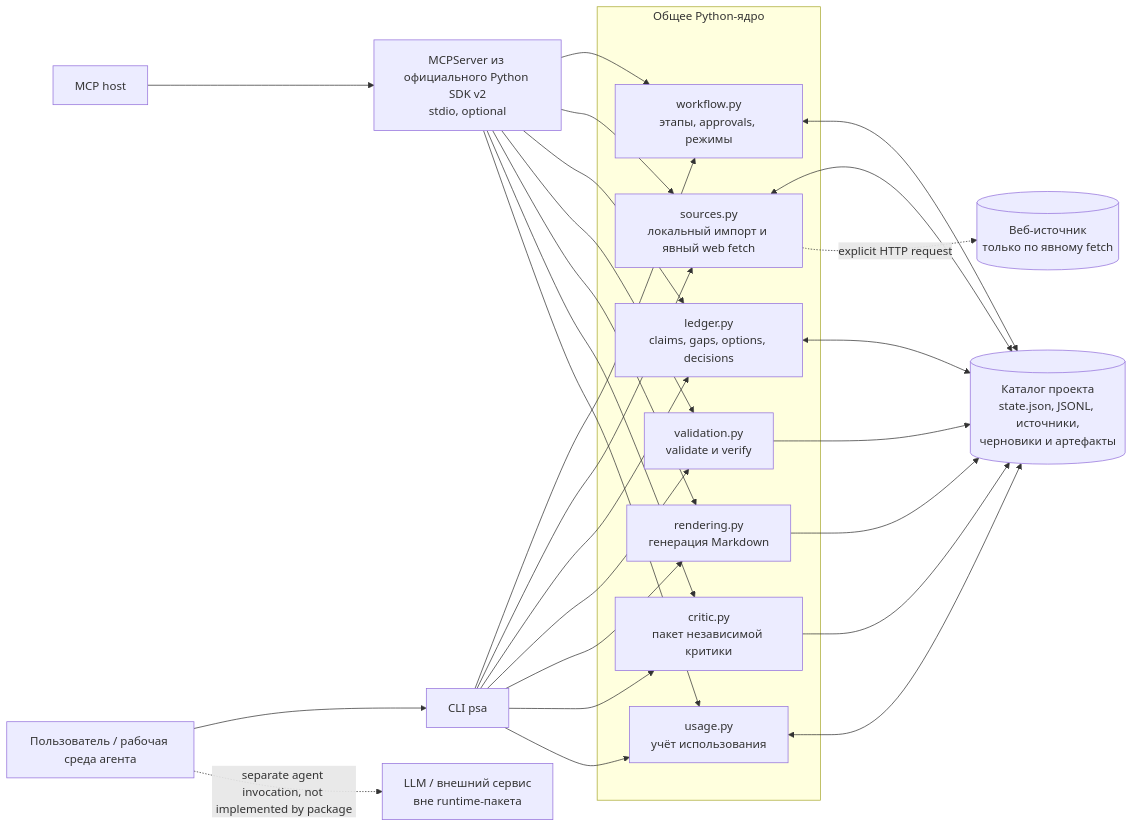
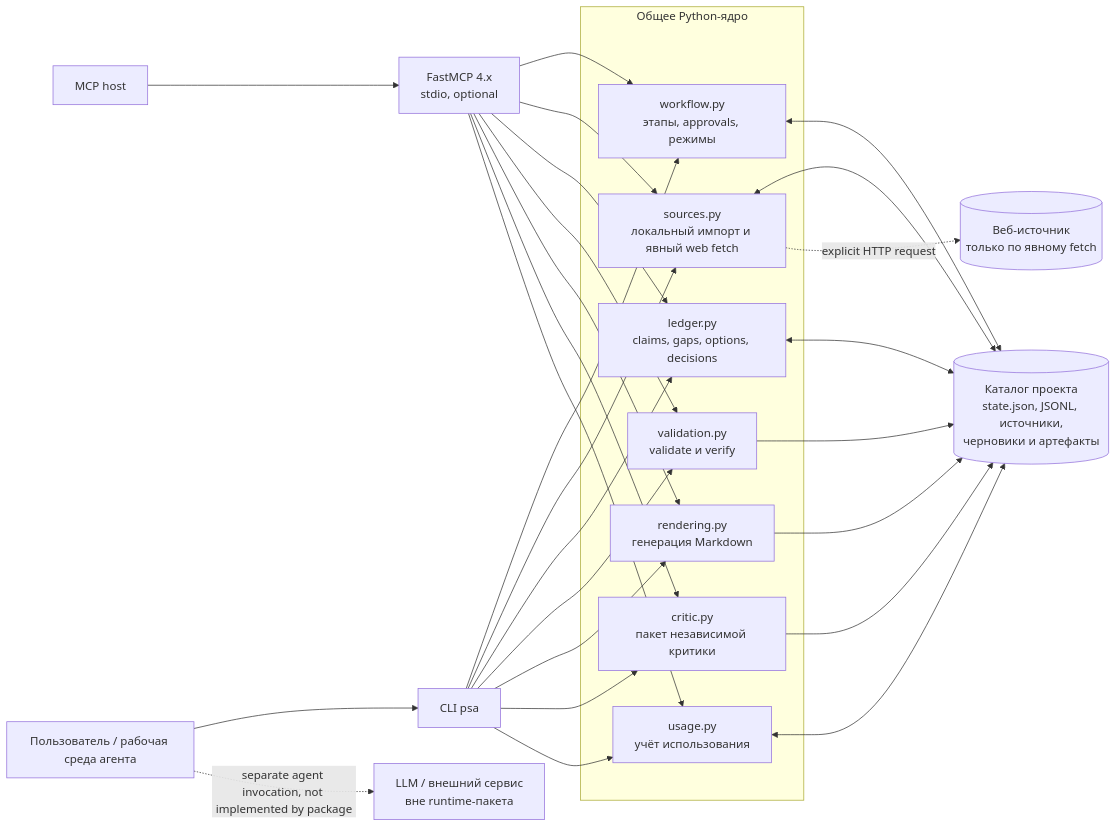
The diagram in diagrams/mvp/architecture.md (kostIT13/product-strategy-copilot-megafon), drawn with Mermaid before and after one commit. The commit also changed 4 other files, not shown here.

Commit message:
Document FastMCP stdio integration

````diff
--- a/diagrams/mvp/architecture.md
+++ b/diagrams/mvp/architecture.md
@@ -3,47 +3,47 @@
 ```mermaid
 flowchart LR
     U[Пользователь / рабочая среда агента]
     CLI[CLI psa]
     HOST[MCP host]
-    MCP[MCPServer из официального Python SDK v2<br/>stdio, optional]
+    MCP[FastMCP 4.x<br/>stdio, optional]
 
     subgraph CORE[Общее Python-ядро]
         WF[workflow.py<br/>этапы, approvals, режимы]
         SRC[sources.py<br/>локальный импорт и явный web fetch]
         LED[ledger.py<br/>claims, gaps, options, decisions]
         VAL[validation.py<br/>validate и verify]
         RND[rendering.py<br/>генерация Markdown]
         CRIT[critic.py<br/>пакет независимой критики]
         USE[usage.py<br/>учёт использования]
     end
 
     FS[(Каталог проекта<br/>state.json, JSONL, источники,<br/>черновики и артефакты)]
     NET[(Веб-источник<br/>только по явному fetch)]
     MODEL[LLM / внешний сервис<br/>вне runtime-пакета]
 
     U --> CLI
     HOST --> MCP
     MCP --> WF
     MCP --> SRC
     MCP --> LED
     MCP --> VAL
     MCP --> RND
     MCP --> CRIT
     MCP --> USE
     CLI --> WF
     CLI --> SRC
     CLI --> LED
     CLI --> VAL
     CLI --> RND
     CLI --> CRIT
     CLI --> USE
     WF <--> FS
     SRC <--> FS
     LED <--> FS
     VAL --> FS
     RND --> FS
     CRIT --> FS
     USE <--> FS
     SRC -. explicit HTTP request .-> NET
     U -. separate agent invocation, not implemented by package .-> MODEL
 ```
````
